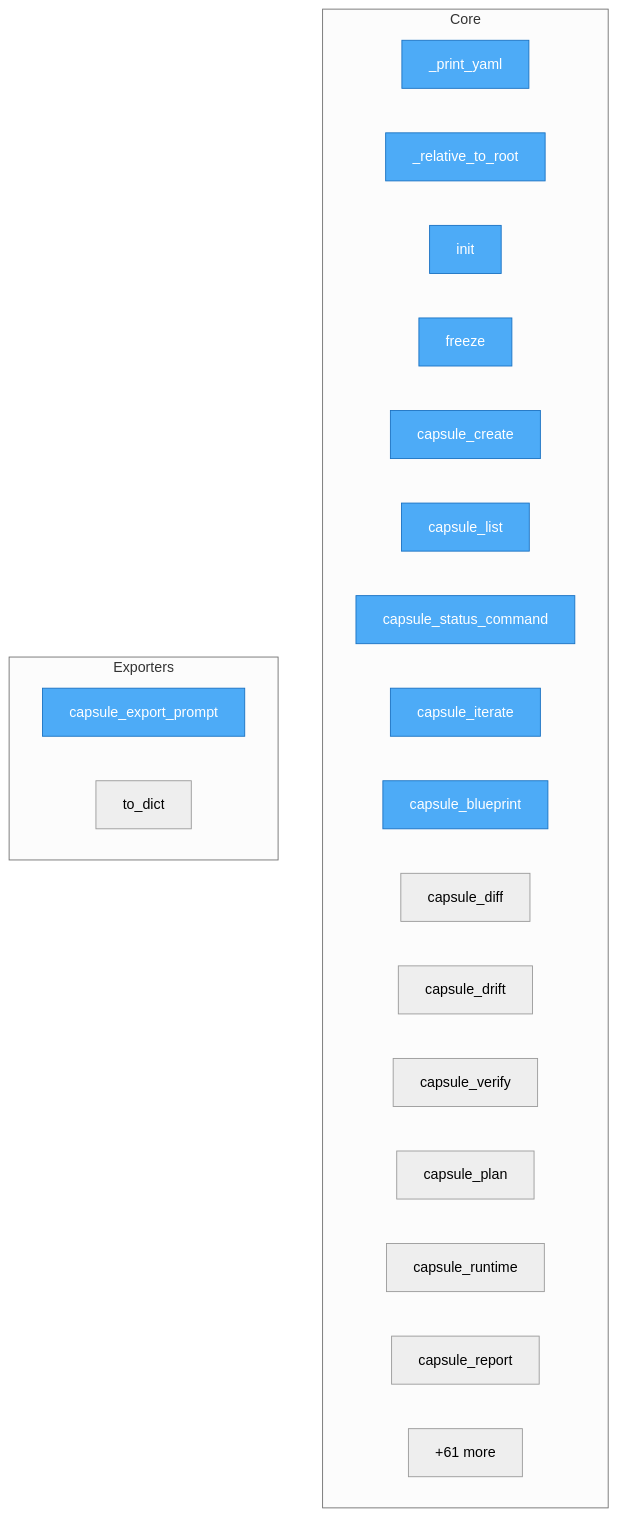
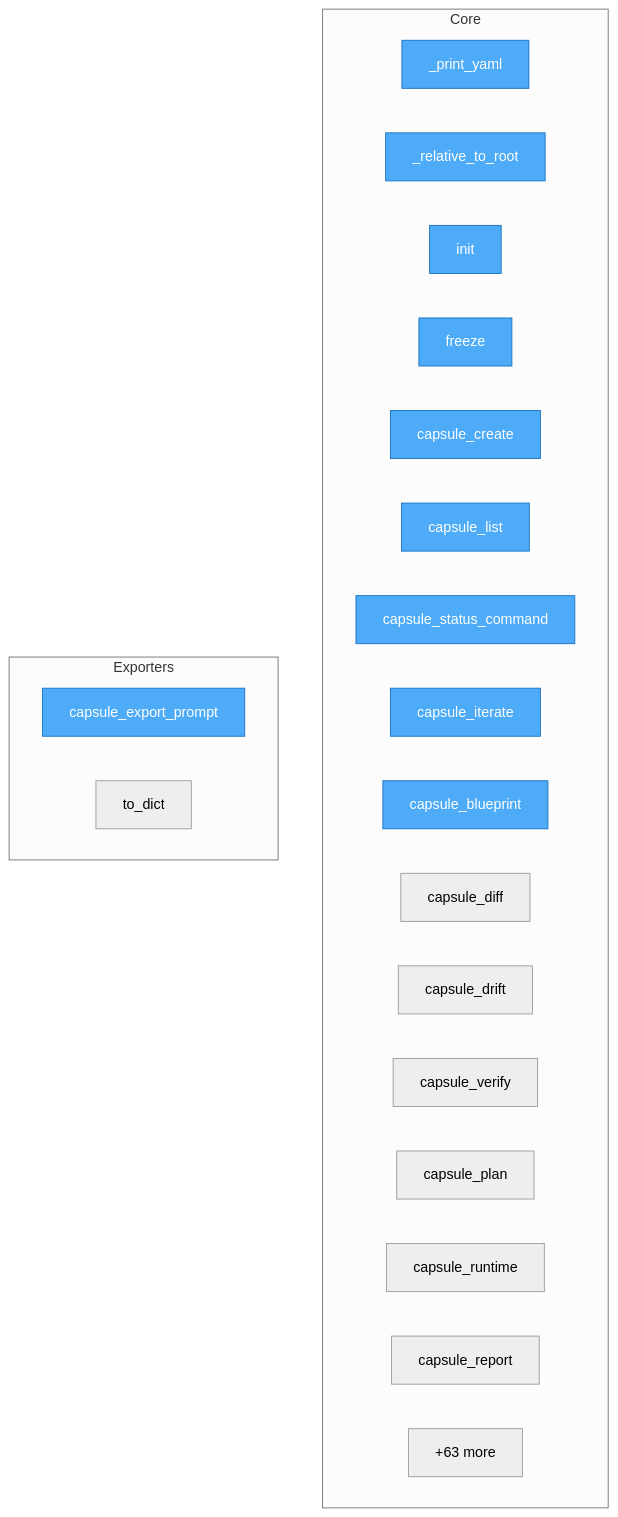
Before and after one commit to autogrammar/nexu: the diagram in project/flow.mmd, drawn with Mermaid (neutral theme). The commit also changed 21 other files, not shown here.

```diff
--- a/project/flow.mmd
+++ b/project/flow.mmd
@@ -1,31 +1,31 @@
 flowchart TD
 %% generated in 0.01s
 
     %% Entry points (blue)
     classDef entry fill:#4dabf7,stroke:#1971c2,color:#fff
 
     subgraph Core
         src__nexu__cli___print_yaml["_print_yaml"]
         src__nexu__cli___relative_to_root["_relative_to_root"]
         src__nexu__cli__init["init"]
         src__nexu__cli__freeze["freeze"]
         src__nexu__cli__capsule_create["capsule_create"]
         src__nexu__cli__capsule_list["capsule_list"]
         src__nexu__cli__capsule_status_command["capsule_status_command"]
         src__nexu__cli__capsule_iterate["capsule_iterate"]
         src__nexu__cli__capsule_blueprint["capsule_blueprint"]
         src__nexu__cli__capsule_diff["capsule_diff"]
         src__nexu__cli__capsule_drift["capsule_drift"]
         src__nexu__cli__capsule_verify["capsule_verify"]
         src__nexu__cli__capsule_plan["capsule_plan"]
         src__nexu__cli__capsule_runtime["capsule_runtime"]
         src__nexu__cli__capsule_report["capsule_report"]
-        ...["+61 more"]
+        ...["+63 more"]
     end
 
     subgraph Exporters
         src__nexu__cli__capsule_export_prompt["capsule_export_prompt"]
         src__vico__models__PromptExport__to_dict["to_dict"]
     end
 
     class src__nexu__cli___print_yaml,src__nexu__cli___relative_to_root,src__nexu__cli__init,src__nexu__cli__freeze,src__nexu__cli__capsule_create,src__nexu__cli__capsule_list,src__nexu__cli__capsule_status_command,src__nexu__cli__capsule_iterate,src__nexu__cli__capsule_blueprint,src__nexu__cli__capsule_export_prompt entry
```
